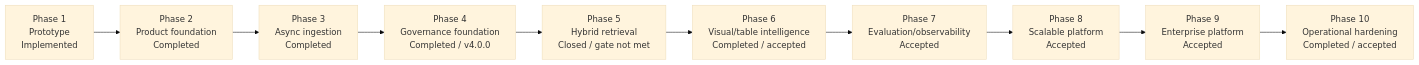
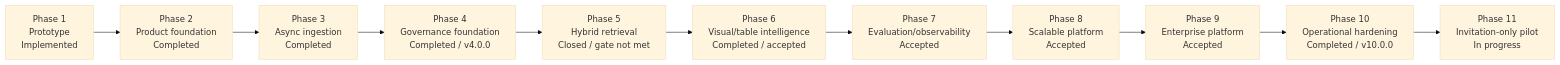
Before and after one commit to mvyas412/ai-projects: the second of 13 diagrams in mm-rag-full-stack-genai-bootcamp-3.0/docs/architecture/ARCHITECTURE.md, drawn with Mermaid (base theme). The commit also changed other lines of this file and 24 other files, not shown here.

First line of the commit message:
Phase 11 pilot foundation and OCI recovery hardening (#27)

````diff
--- a/mm-rag-full-stack-genai-bootcamp-3.0/docs/architecture/ARCHITECTURE.md
+++ b/mm-rag-full-stack-genai-bootcamp-3.0/docs/architecture/ARCHITECTURE.md
@@ -186,13 +186,14 @@
 ```mermaid
 flowchart LR
     p1["Phase 1<br/>Prototype<br/>Implemented"] -->
     p2["Phase 2<br/>Product foundation<br/>Completed"] -->
     p3["Phase 3<br/>Async ingestion<br/>Completed"] -->
     p4["Phase 4<br/>Governance foundation<br/>Completed / v4.0.0"] -->
     p5["Phase 5<br/>Hybrid retrieval<br/>Closed / gate not met"] -->
     p6["Phase 6<br/>Visual/table intelligence<br/>Completed / accepted"] -->
     p7["Phase 7<br/>Evaluation/observability<br/>Accepted"] -->
     p8["Phase 8<br/>Scalable platform<br/>Accepted"] -->
     p9["Phase 9<br/>Enterprise platform<br/>Accepted"] -->
-    p10["Phase 10<br/>Operational hardening<br/>Completed / accepted"]
+    p10["Phase 10<br/>Operational hardening<br/>Completed / v10.0.0"] -->
+    p11["Phase 11<br/>Invitation-only pilot<br/>In progress"]
 ```
````
